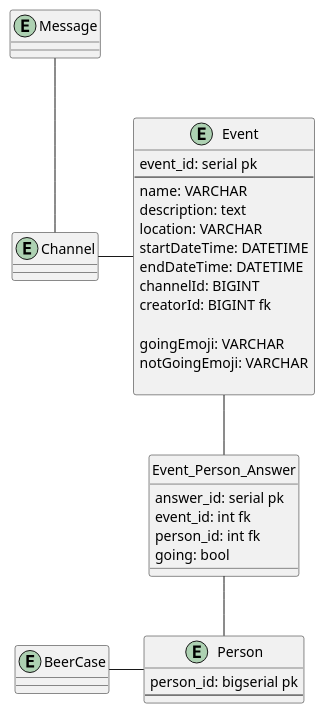
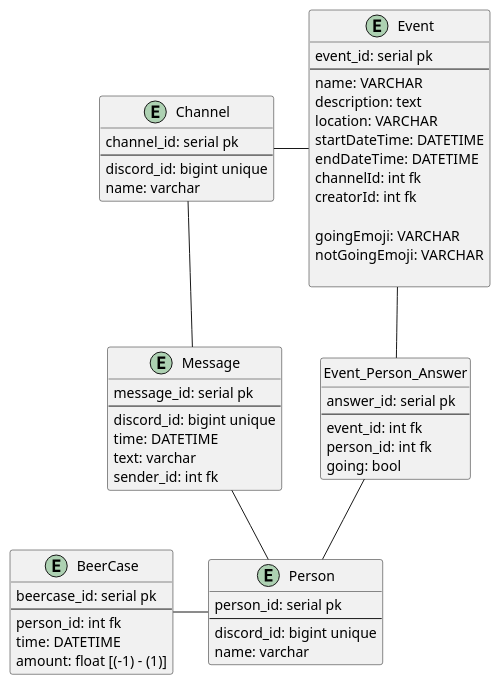
One commit to Official-Acki/fredagsbar-discord-bot changed the diagram in DatabaseDesign.puml. Above: the diagram before and after it, drawn with PlantUML. The commit also changed 12 other files, not shown here.

Commit message:
Add Classdiagram + update ER-diagram + Code for Timehandler, CommandHandler and Command classes

```diff
--- a/DatabaseDesign.puml
+++ b/DatabaseDesign.puml
@@ -1,56 +1,72 @@
 @startuml ER-diagram
 
 entity Event {
     event_id: serial pk
     --
     name: VARCHAR
     description: text
     location: VARCHAR
     startDateTime: DATETIME
     endDateTime: DATETIME
-    channelId: BIGINT
-    creatorId: BIGINT fk
+    channelId: int fk
+    creatorId: int fk
 
     goingEmoji: VARCHAR
     notGoingEmoji: VARCHAR
 
     ' private List<ulong> _going;
     ' private List<ulong> _notGoing;
 }
 
 entity Event_Person_Answer {
     answer_id: serial pk
+    --
     event_id: int fk
     person_id: int fk
     going: bool
 }
 hide Event_Person_Answer circle
 
 
 entity Person {
-    person_id: bigserial pk
+    person_id: serial pk
     --
+    discord_id: bigint unique
+    name: varchar
 }
 
 Event -- Event_Person_Answer
 Event_Person_Answer -- Person
 
 entity BeerCase {
-
+    beercase_id: serial pk
+    --
+    person_id: int fk
+    time: DATETIME
+    amount: float [(-1) - (1)]
 }
 
 BeerCase - Person
 
 entity Channel {
-
+    channel_id: serial pk
+    --
+    discord_id: bigint unique
+    name: varchar
 }
 
 entity Message {
-    
+    message_id: serial pk
+    --
+    discord_id: bigint unique
+    time: DATETIME
+    text: varchar
+    sender_id: int fk
 }
 
 Channel - Event
-Message -- Channel
+Channel -- Message
+Message -- Person
 
 
 @enduml
```
